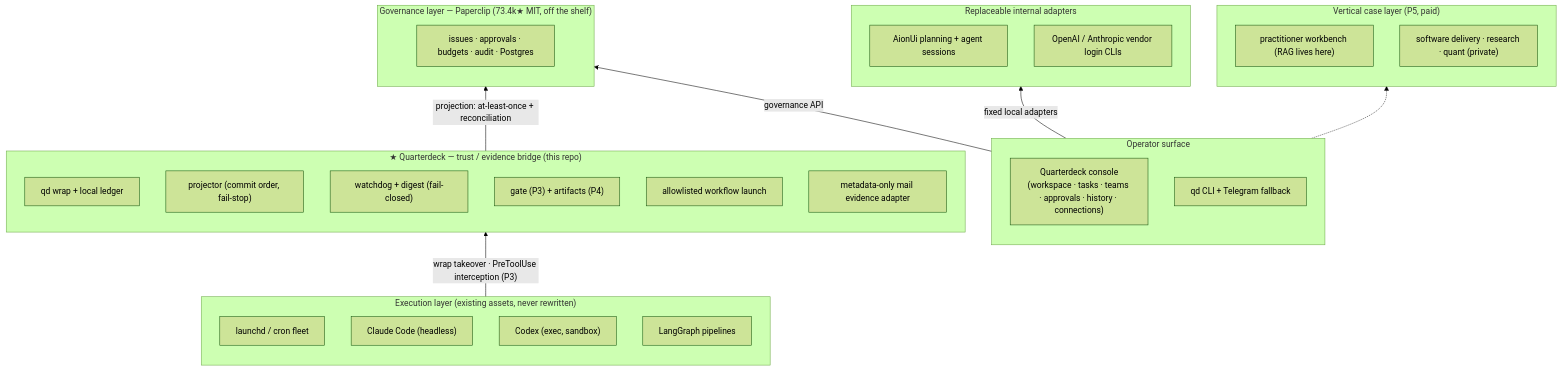
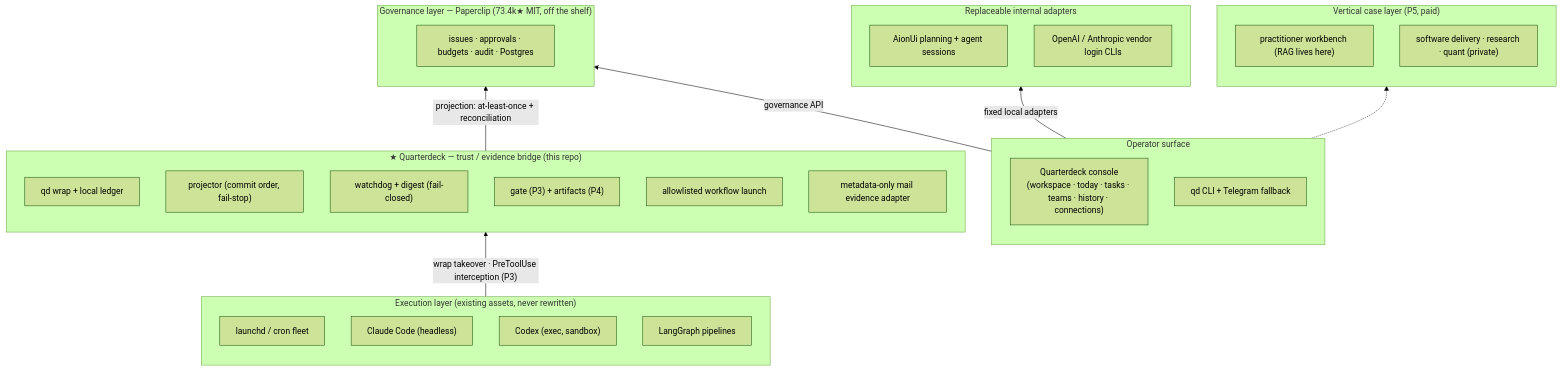
One commit to opswitness/opswitness changed the diagram in docs/ARCHITECTURE.md. Above: the diagram before and after it, drawn with Mermaid (forest theme). The commit also changed other lines of this file and 91 other files, not shown here.

````diff
--- a/docs/ARCHITECTURE.md
+++ b/docs/ARCHITECTURE.md
@@ -39,37 +112,37 @@
 ```mermaid
 flowchart BT
     subgraph E["Execution layer (existing assets, never rewritten)"]
         E1["launchd / cron fleet"]
         E2["Claude Code (headless)"]
         E3["Codex (exec, sandbox)"]
         E4["LangGraph pipelines"]
     end
     subgraph Q["★ Quarterdeck — trust / evidence bridge (this repo)"]
         Q1["qd wrap + local ledger"]
         Q2["projector (commit order, fail-stop)"]
         Q3["watchdog + digest (fail-closed)"]
         Q4["gate (P3) + artifacts (P4)"]
         Q5["allowlisted workflow launch"]
         Q6["metadata-only mail evidence adapter"]
     end
     subgraph P["Governance layer — Paperclip (73.4k★ MIT, off the shelf)"]
         P1["issues · approvals · budgets · audit · Postgres"]
     end
     subgraph A["Replaceable internal adapters"]
         A1["AionUi planning + agent sessions"]
         A2["OpenAI / Anthropic vendor login CLIs"]
     end
     subgraph C["Operator surface"]
-        C0["Quarterdeck console<br/>(workspace · tasks · teams · approvals · history · connections)"]
+        C0["Quarterdeck console<br/>(workspace · today · tasks · teams · history · connections)"]
         C1["qd CLI + Telegram fallback"]
     end
     subgraph V["Vertical case layer (P5, paid)"]
         V1["practitioner workbench (RAG lives here)"]
         V2["software delivery · research · quant (private)"]
     end
     E -->|"wrap takeover · PreToolUse interception (P3)"| Q
     Q -->|"projection: at-least-once + reconciliation"| P
     C -->|fixed local adapters| A
     C -->|governance API| P
     C -.-> V
 ```
````
